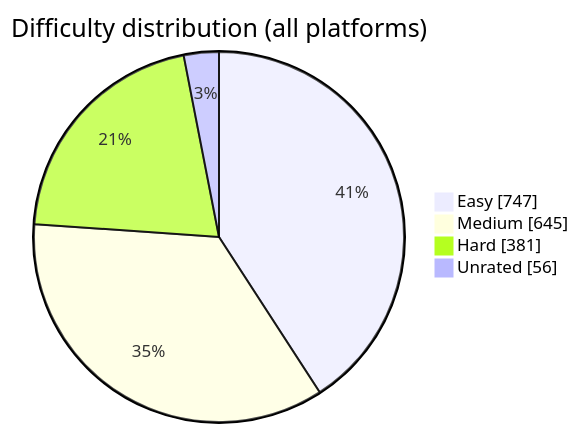
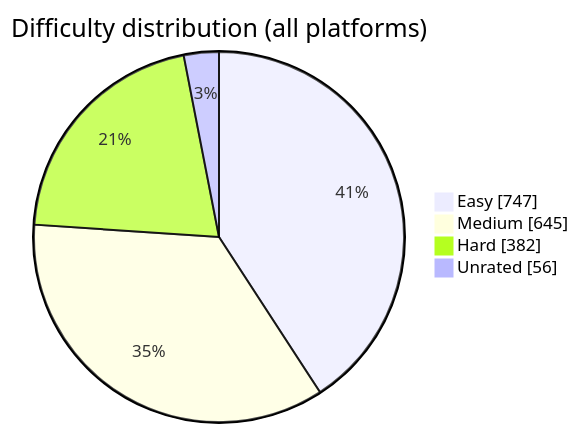
The diagram in README.md (BuildbyArindam/Daily-Coding-Log), drawn with Mermaid before and after one commit. The commit also changed other lines of this file, not shown here.

````diff
--- a/README.md
+++ b/README.md
@@ -108,7 +108,7 @@
 ```mermaid
 pie showData title Difficulty distribution (all platforms)
     "Easy" : 747
     "Medium" : 645
-    "Hard" : 381
+    "Hard" : 382
     "Unrated" : 56
 ```
````
